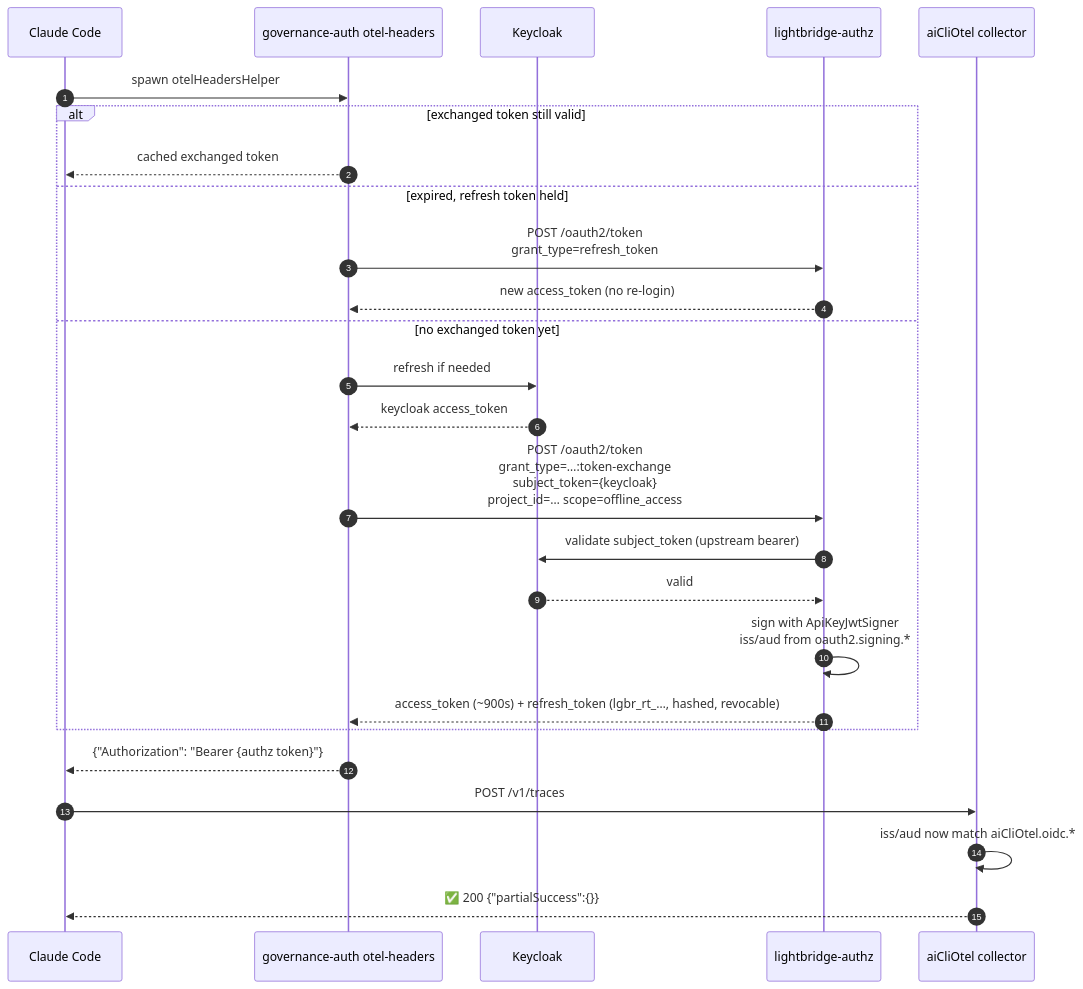
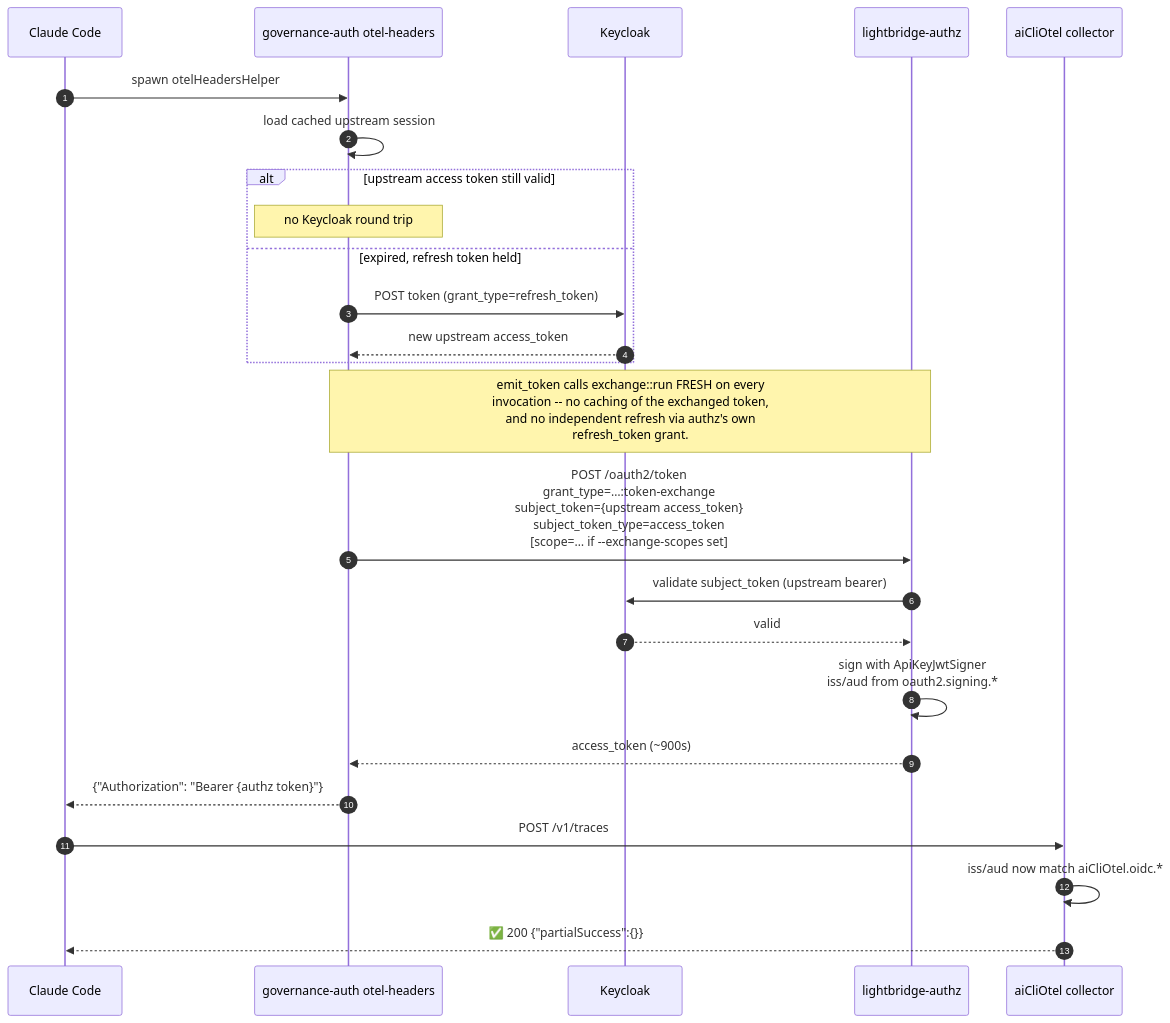
Before and after one commit to ADORSYS-GIS/lightbridge-governance: the fifth of 9 diagrams in docs/integrations/ai-client-flows.md, drawn with Mermaid. The commit also changed other lines of this file and 5 other files, not shown here.

First line of the commit message:
fix(governance-auth): redact exchange error_description, add missing token-exchange regression coverage

````diff
--- a/docs/integrations/ai-client-flows.md
+++ b/docs/integrations/ai-client-flows.md
@@ -159,31 +161,31 @@
 ```mermaid
 sequenceDiagram
     autonumber
     participant CLI as Claude Code
     participant ga as governance-auth otel-headers
     participant KC as Keycloak
     participant authz as lightbridge-authz
     participant OTEL as aiCliOtel collector
 
     CLI->>ga: spawn otelHeadersHelper
 
-    alt exchanged token still valid
-        ga-->>CLI: cached exchanged token
+    ga->>ga: load cached upstream session
+    alt upstream access token still valid
+        Note over ga: no Keycloak round trip
     else expired, refresh token held
-        ga->>authz: POST /oauth2/token<br/>grant_type=refresh_token
-        authz-->>ga: new access_token (no re-login)
-    else no exchanged token yet
-        ga->>KC: refresh if needed
-        KC-->>ga: keycloak access_token
-        ga->>authz: POST /oauth2/token<br/>grant_type=…:token-exchange<br/>subject_token={keycloak}<br/>project_id=…  scope=offline_access
-        authz->>KC: validate subject_token (upstream bearer)
-        KC-->>authz: valid
-        authz->>authz: sign with ApiKeyJwtSigner<br/>iss/aud from oauth2.signing.*
-        authz-->>ga: access_token (~900s) + refresh_token (lgbr_rt_…, hashed, revocable)
+        ga->>KC: POST token (grant_type=refresh_token)
+        KC-->>ga: new upstream access_token
     end
+
+    Note over ga,authz: emit_token calls exchange::run FRESH on every<br/>invocation -- no caching of the exchanged token,<br/>and no independent refresh via authz's own<br/>refresh_token grant.
+    ga->>authz: POST /oauth2/token<br/>grant_type=…:token-exchange<br/>subject_token={upstream access_token}<br/>subject_token_type=access_token<br/>[scope=… if --exchange-scopes set]
+    authz->>KC: validate subject_token (upstream bearer)
+    KC-->>authz: valid
+    authz->>authz: sign with ApiKeyJwtSigner<br/>iss/aud from oauth2.signing.*
+    authz-->>ga: access_token (~900s)
 
     ga-->>CLI: {"Authorization": "Bearer {authz token}"}
     CLI->>OTEL: POST /v1/traces
     OTEL->>OTEL: iss/aud now match aiCliOtel.oidc.*
     OTEL-->>CLI: ✅ 200 {"partialSuccess":{}}
 ```
````
